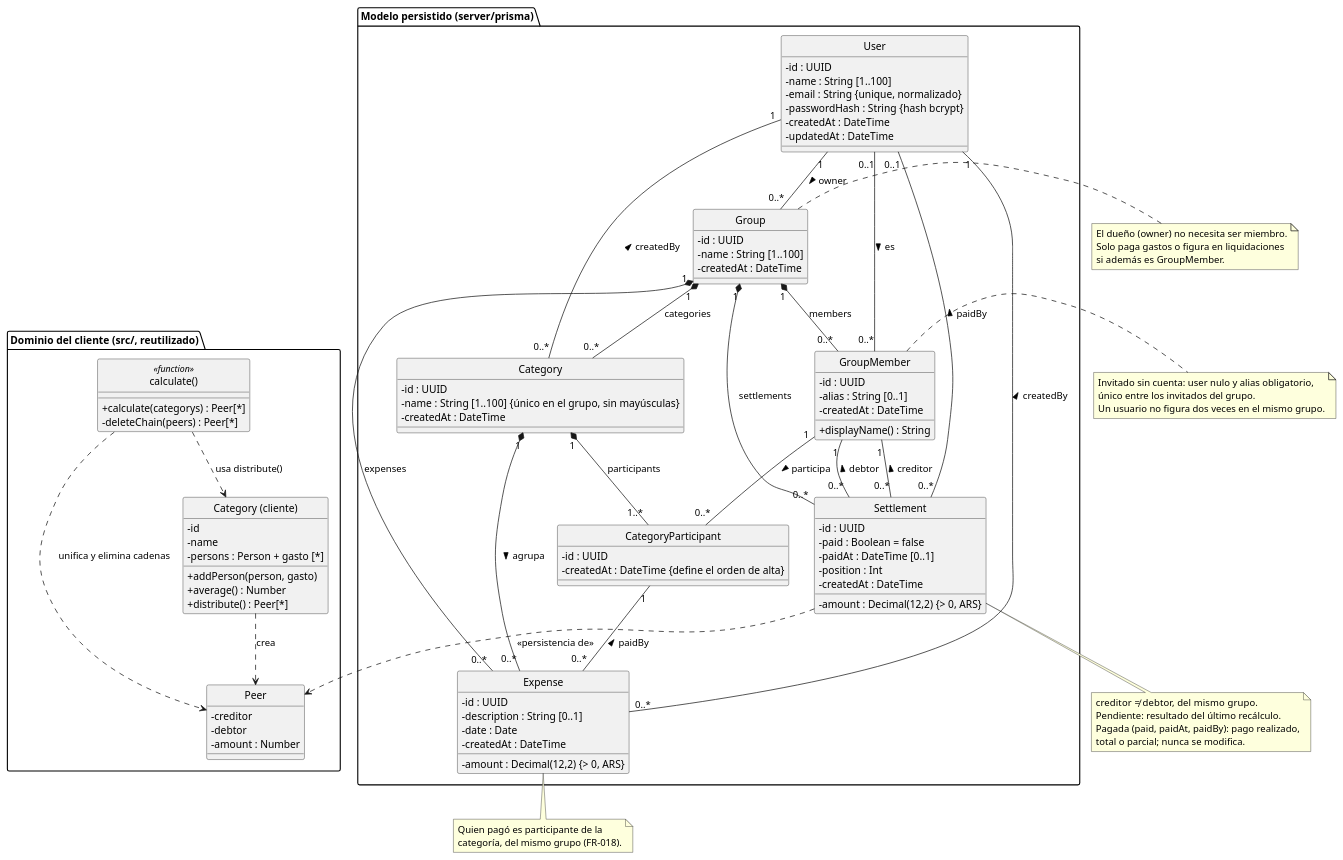
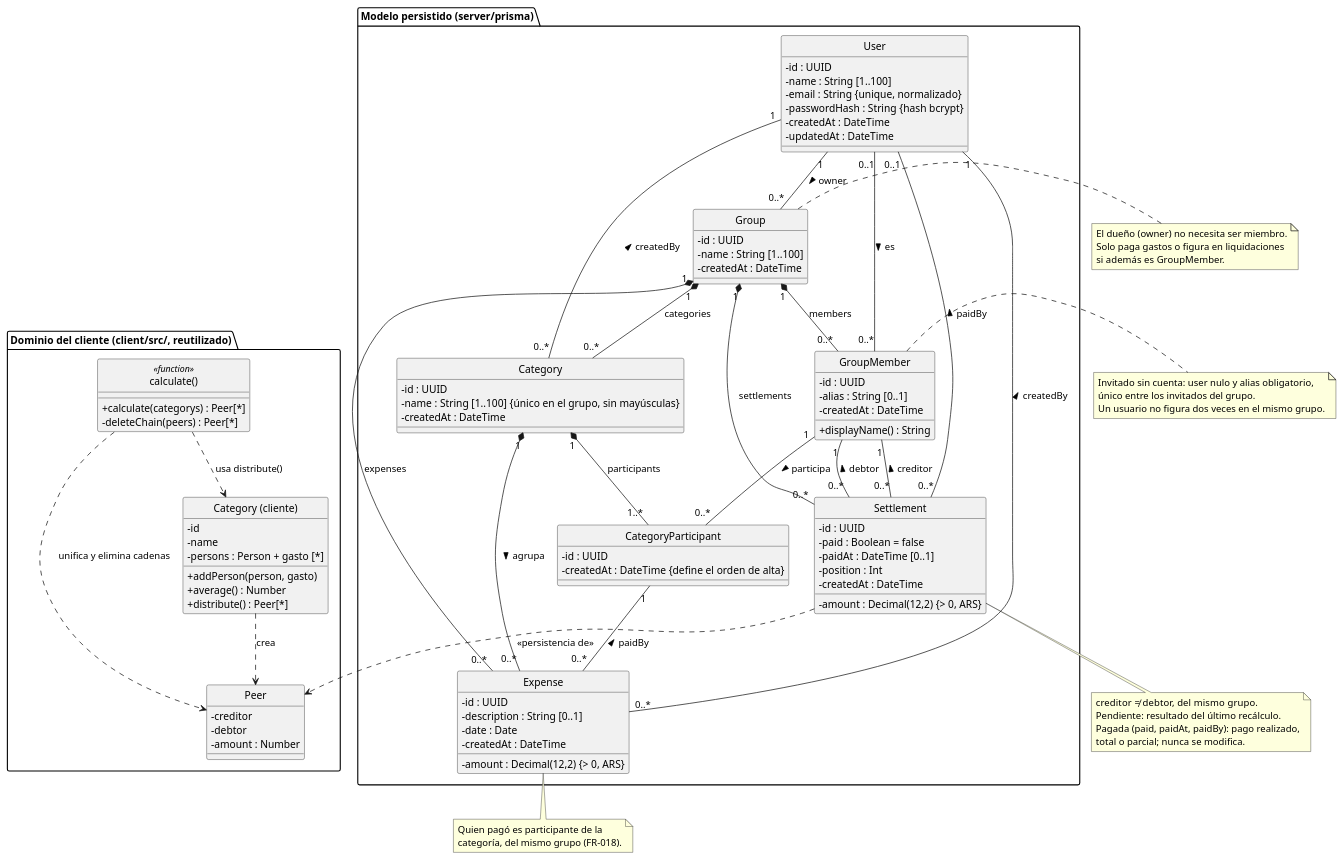
One commit to Matimrs/cuanto-es changed the first of 2 diagrams in docs/entregables/diagrama-de-clases.md. Above: the diagram before and after it, drawn with PlantUML. The commit also changed 5 other files, not shown here.

```diff
--- a/docs/entregables/diagrama-de-clases.md
+++ b/docs/entregables/diagrama-de-clases.md
@@ -67,7 +67,7 @@
   }
 }
 
-package "Dominio del cliente (src/, reutilizado)" {
+package "Dominio del cliente (client/src/, reutilizado)" {
   class "Category (cliente)" as CCategory {
     - id
     - name
```
